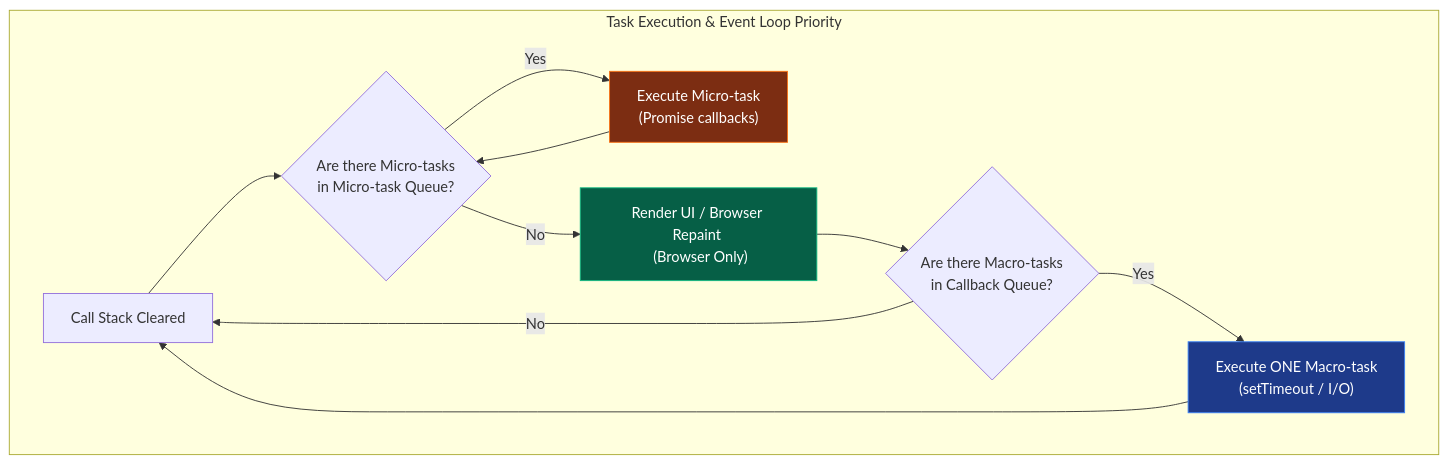
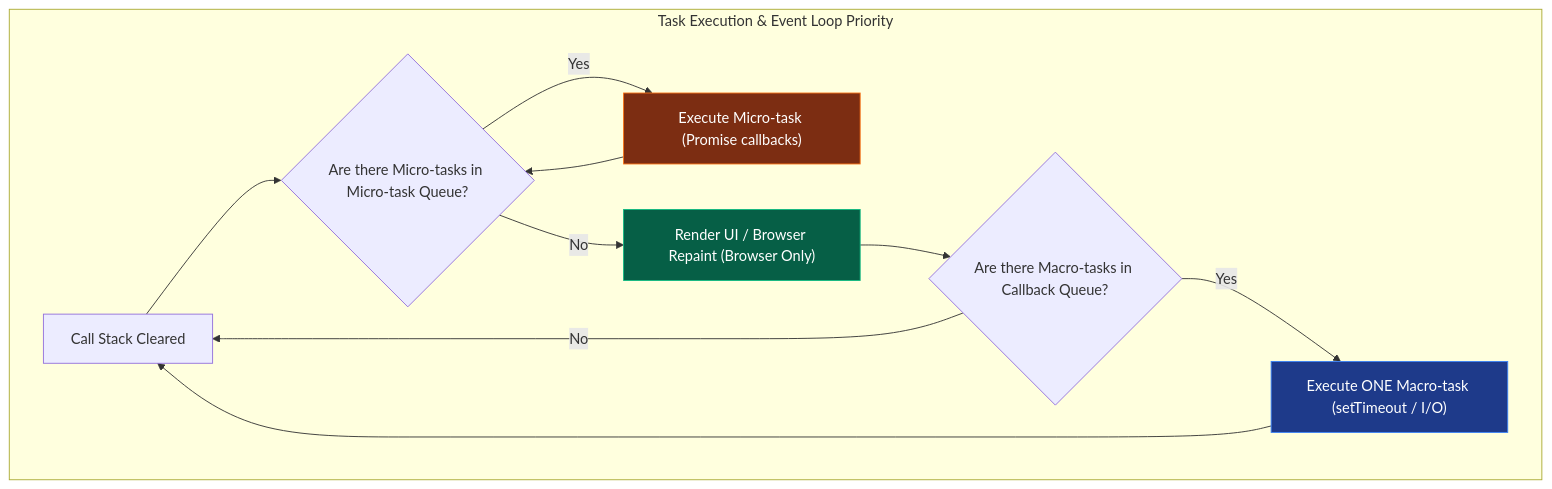
The sixth of 7 diagrams in content/javascript.md (awoladhossain/awolad-docs), drawn with Mermaid before and after one commit. The commit also changed other lines of this file, not shown here.

Commit message:
fix: resolve all Mermaid rendering syntax errors across JavaScript handbook

````diff
--- a/content/javascript.md
+++ b/content/javascript.md
@@ -480,24 +480,24 @@
 ```mermaid
 flowchart TD
-    subgraph EventLoopMechanics [Task Execution & Event Loop Priority]
+    subgraph EventLoopMechanics ["Task Execution & Event Loop Priority"]
         Start[Call Stack Cleared]
-        CheckMicro{"Are there Micro-tasks <br> in Micro-task Queue?"}
-        ExecMicro["Execute Micro-task <br> (Promise callbacks)"]
-        Render["Render UI / Browser Repaint <br> (Browser Only)"]
-        CheckMacro{"Are there Macro-tasks <br> in Callback Queue?"}
-        ExecMacro["Execute ONE Macro-task <br> (setTimeout / I/O)"]
+        CheckMicro{"Are there Micro-tasks in Micro-task Queue?"}
+        ExecMicro["Execute Micro-task (Promise callbacks)"]
+        Render["Render UI / Browser Repaint (Browser Only)"]
+        CheckMacro{"Are there Macro-tasks in Callback Queue?"}
+        ExecMacro["Execute ONE Macro-task (setTimeout / I/O)"]
 
         Start --> CheckMicro
         CheckMicro -->|Yes| ExecMicro
         ExecMicro --> CheckMicro
         CheckMicro -->|No| Render
         Render --> CheckMacro
         CheckMacro -->|Yes| ExecMacro
         CheckMacro -->|No| Start
         ExecMacro --> Start
     end
 
     style ExecMicro fill:#7c2d12,stroke:#f97316,color:#fff
     style ExecMacro fill:#1e3a8a,stroke:#3b82f6,color:#fff
     style Render fill:#065f46,stroke:#10b981,color:#fff
 ```
````
